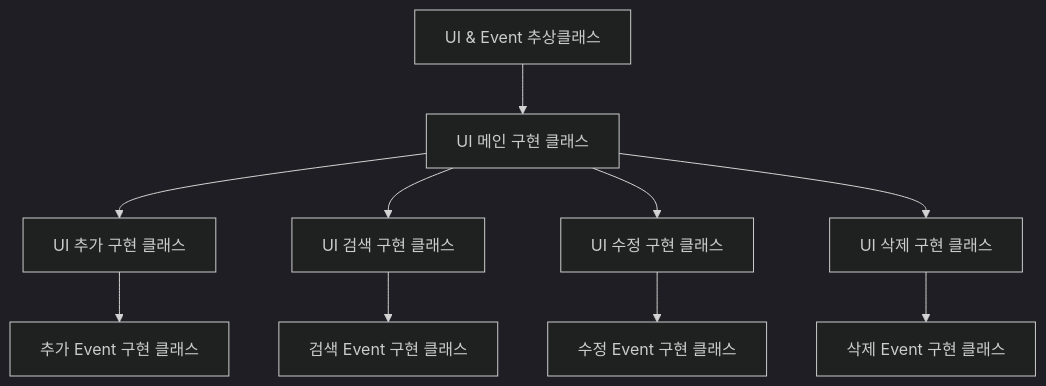
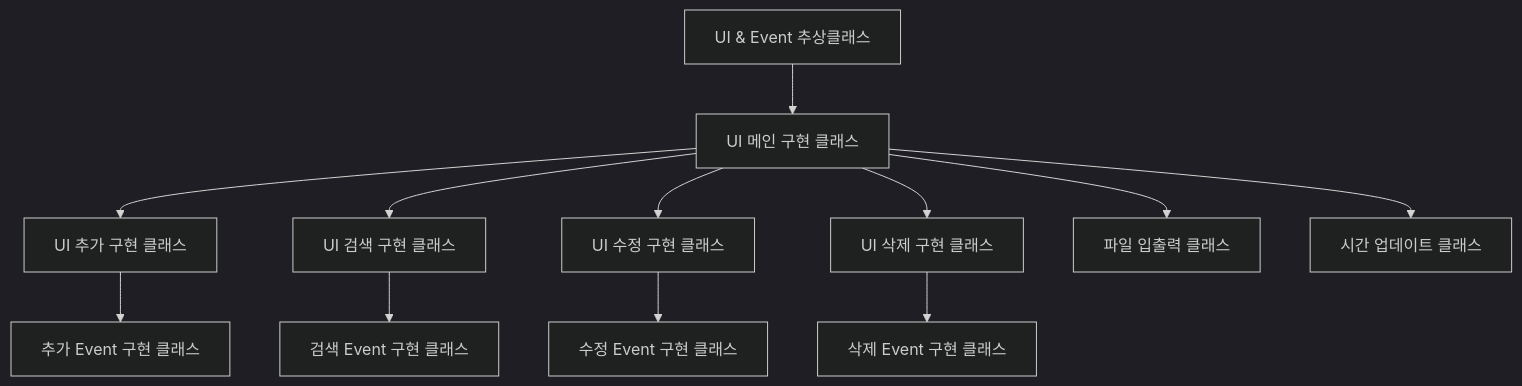
One commit to LeeSM0518/TIL changed the diagram in Java/Java_Project/Java_Project.md. Above: the diagram before and after it, drawn with Mermaid (dark theme). The commit also changed 4 other files, not shown here.

````diff
--- a/Java/Java_Project/Java_Project.md
+++ b/Java/Java_Project/Java_Project.md
@@ -740,26 +740,30 @@
 ```mermaid
 graph TB
 
 AbstractClass[UI & Event 추상클래스]
 UIMainClass[UI 메인 구현 클래스]
 UIAddClass[UI 추가 구현 클래스]
 UISearchClass[UI 검색 구현 클래스]
 UIAdjustClass[UI 수정 구현 클래스]
 UIRemoveClass[UI 삭제 구현 클래스]
 AddEventClass[추가 Event 구현 클래스]
 SearchEventClass[검색 Event 구현 클래스]
 AdjustEventClass[수정 Event 구현 클래스]
 RemoveEventClass[삭제 Event 구현 클래스]
+FileIO[파일 입출력 클래스]
+TimeUpdate[시간 업데이트 클래스]
 
 AbstractClass-->UIMainClass
 UIMainClass-->UIAddClass
 UIMainClass-->UISearchClass
 UIMainClass-->UIAdjustClass
 UIMainClass-->UIRemoveClass
+UIMainClass-->FileIO
+UIMainClass-->TimeUpdate
 
 UIAddClass-->AddEventClass
 UISearchClass-->SearchEventClass
 UIAdjustClass-->AdjustEventClass
 UIRemoveClass-->RemoveEventClass
 
 ```
````
